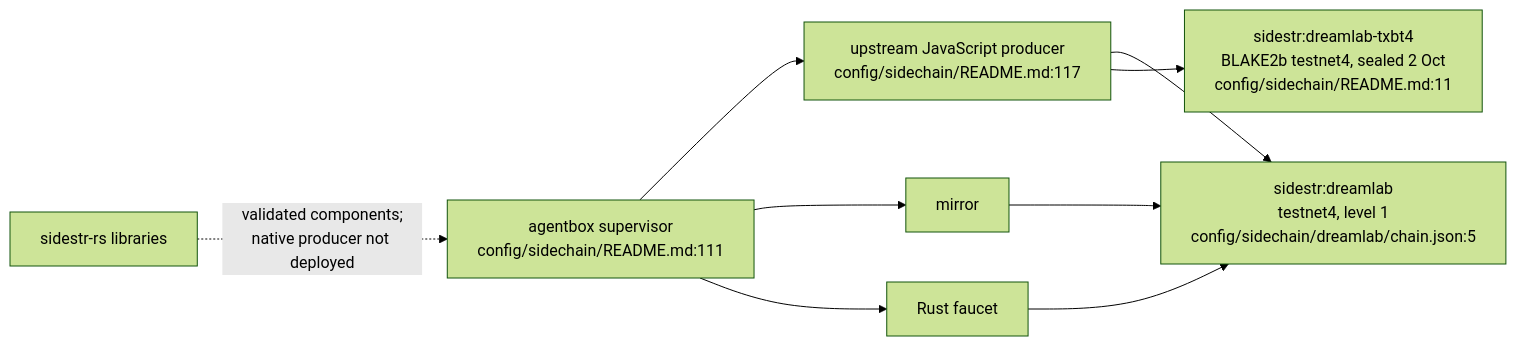
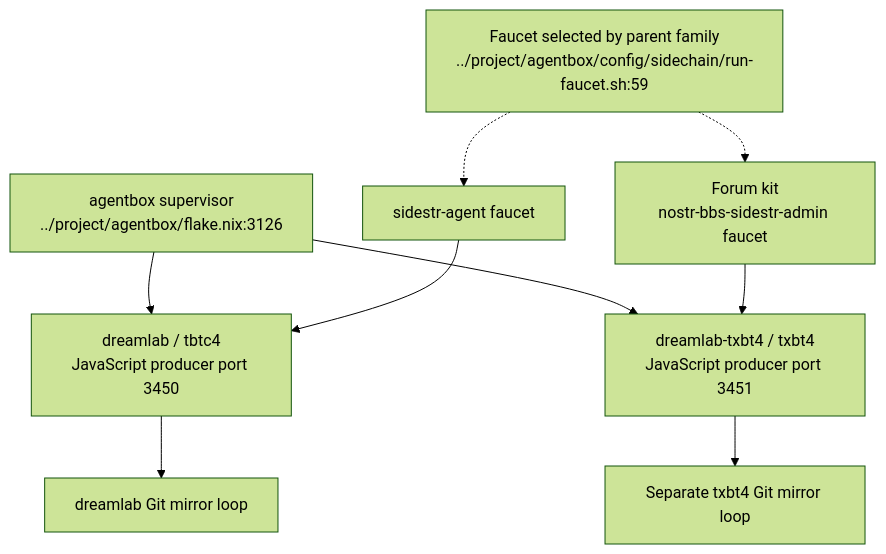
One commit to DreamLab-AI/VisionFlow changed the fourth of 4 diagrams in docs/diagrams/sidestr-rs/01-workspace-oracles-and-live-boundary.md. Above: the diagram before and after it, drawn with Mermaid (forest theme). The commit also changed other lines of this file and 36 other files, not shown here.

````diff
--- a/docs/diagrams/sidestr-rs/01-workspace-oracles-and-live-boundary.md
+++ b/docs/diagrams/sidestr-rs/01-workspace-oracles-and-live-boundary.md
@@ -122,11 +128,12 @@
 ```mermaid
-flowchart LR
-    AB["agentbox supervisor<br/>config/sidechain/README.md:111"] --> JP["upstream JavaScript producer<br/>config/sidechain/README.md:117"]
-    AB --> M["mirror"]
-    AB --> F["Rust faucet"]
-    JP --> D["sidestr:dreamlab<br/>testnet4, level 1<br/>config/sidechain/dreamlab/chain.json:5"]
-    JP --> D2["sidestr:dreamlab-txbt4<br/>BLAKE2b testnet4, sealed 2 Oct<br/>config/sidechain/README.md:11"]
-    M --> D
-    F --> D
-    RS["sidestr-rs libraries"] -. "validated components;<br/>native producer not deployed" .-> AB
+flowchart TB
+    AB["agentbox supervisor<br/>../project/agentbox/flake.nix:3126"]
+    AB --> P1["dreamlab / tbtc4<br/>JavaScript producer port 3450"]
+    AB --> P2["dreamlab-txbt4 / txbt4<br/>JavaScript producer port 3451"]
+    F1["sidestr-agent faucet"] --> P1
+    F2["Forum kit<br/>nostr-bbs-sidestr-admin faucet"] --> P2
+    P1 --> M1["dreamlab Git mirror loop"]
+    P2 --> M2["Separate txbt4 Git mirror loop"]
+    ROUTE["Faucet selected by parent family<br/>../project/agentbox/config/sidechain/run-faucet.sh:59"] -.-> F1
+    ROUTE -.-> F2
 ```
````
